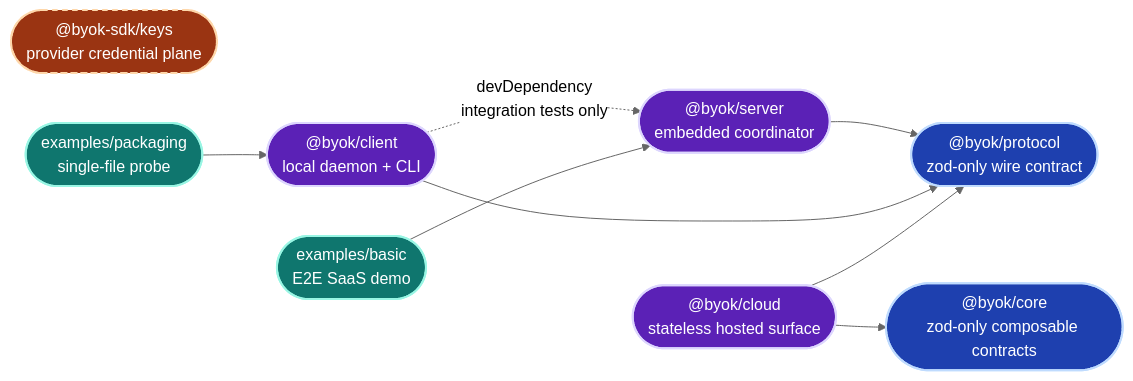
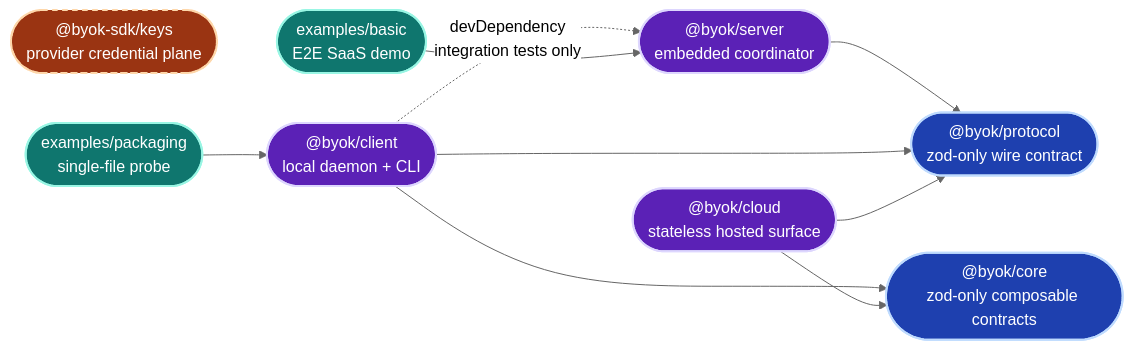
Before and after one commit to Ancienttwo/byok-sdk: the second of 23 diagrams in docs/architecture/sdk-architecture.md, drawn with Mermaid (neutral theme). The commit also changed other lines of this file and 16 other files, not shown here.

````diff
--- a/docs/architecture/sdk-architecture.md
+++ b/docs/architecture/sdk-architecture.md
@@ -103,27 +103,28 @@
 ```mermaid
 flowchart LR
   classDef contract fill:#1e40af,stroke:#bfdbfe,stroke-width:2px,color:#fff
   classDef runtime fill:#5b21b6,stroke:#ddd6fe,stroke-width:2px,color:#fff
   classDef key fill:#9a3412,stroke:#fed7aa,stroke-width:2px,color:#fff
   classDef example fill:#0f766e,stroke:#99f6e4,stroke-width:2px,color:#fff
   classDef dev fill:#374151,stroke:#d1d5db,stroke-width:2px,color:#fff
 
   Protocol(["@byok/protocol<br/>zod-only wire contract"]):::contract
   Server(["@byok/server<br/>embedded coordinator"]):::runtime
   Client(["@byok/client<br/>local daemon + CLI"]):::runtime
   Keys(["@byok-sdk/keys<br/>provider credential plane"]):::key
   Core(["@byok/core<br/>zod-only composable contracts"]):::contract
   Cloud(["@byok/cloud<br/>stateless hosted surface"]):::runtime
   Basic(["examples/basic<br/>E2E SaaS demo"]):::example
   Packaging(["examples/packaging<br/>single-file probe"]):::example
 
   Server --> Protocol
   Client --> Protocol
+  Client --> Core
   Cloud --> Core
   Cloud --> Protocol
   Client -.->|"devDependency<br/>integration tests only"| Server
   Basic --> Server
   Packaging --> Client
 
   style Keys stroke-dasharray:5 5
 ```
````
